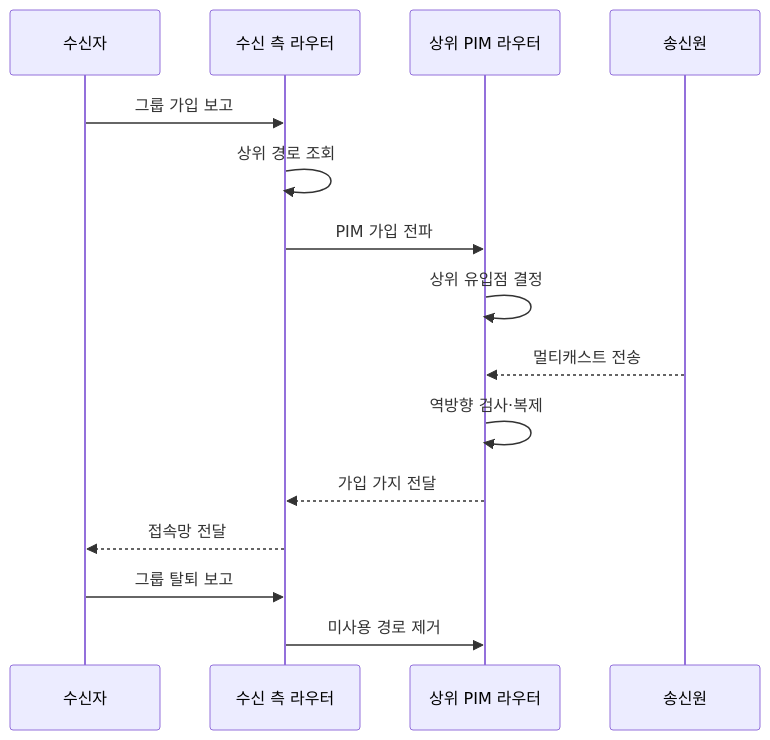
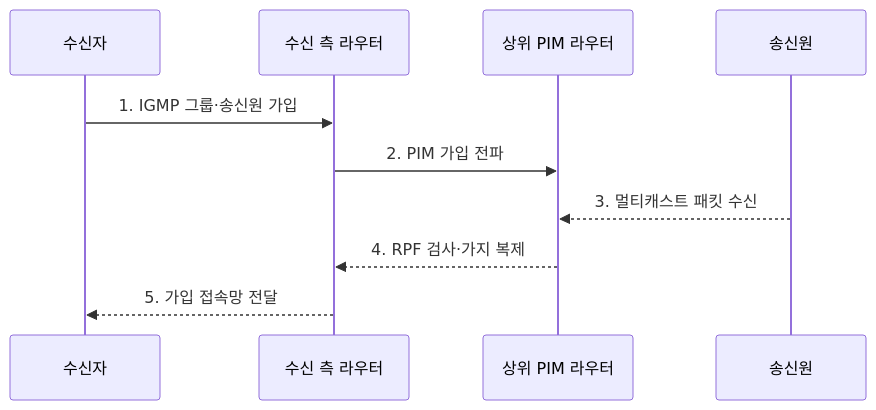
Before and after one commit to agnusdei1207/knowledge-base: the second of 2 diagrams in src/content/docs/notes/04-network/116_multicast_igmp_pim.md, drawn with Mermaid. The commit also changed other lines of this file and 9 other files, not shown here.

````diff
--- a/src/content/docs/notes/04-network/116_multicast_igmp_pim.md
+++ b/src/content/docs/notes/04-network/116_multicast_igmp_pim.md
@@ -85,17 +82,12 @@
 ```mermaid
 sequenceDiagram
   participant H as 수신자
   participant E as 수신 측 라우터
   participant U as 상위 PIM 라우터
   participant S as 송신원
-  H->>E: 그룹 가입 보고
-  E->>E: 상위 경로 조회
-  E->>U: PIM 가입 전파
-  U->>U: 상위 유입점 결정
-  S-->>U: 멀티캐스트 전송
-  U->>U: 역방향 검사·복제
-  U-->>E: 가입 가지 전달
-  E-->>H: 접속망 전달
-  H->>E: 그룹 탈퇴 보고
-  E->>U: 미사용 경로 제거
+  H->>E: 1. IGMP 그룹·송신원 가입
+  E->>U: 2. PIM 가입 전파
+  S-->>U: 3. 멀티캐스트 패킷 수신
+  U-->>E: 4. RPF 검사·가지 복제
+  E-->>H: 5. 가입 접속망 전달
 ```
````
